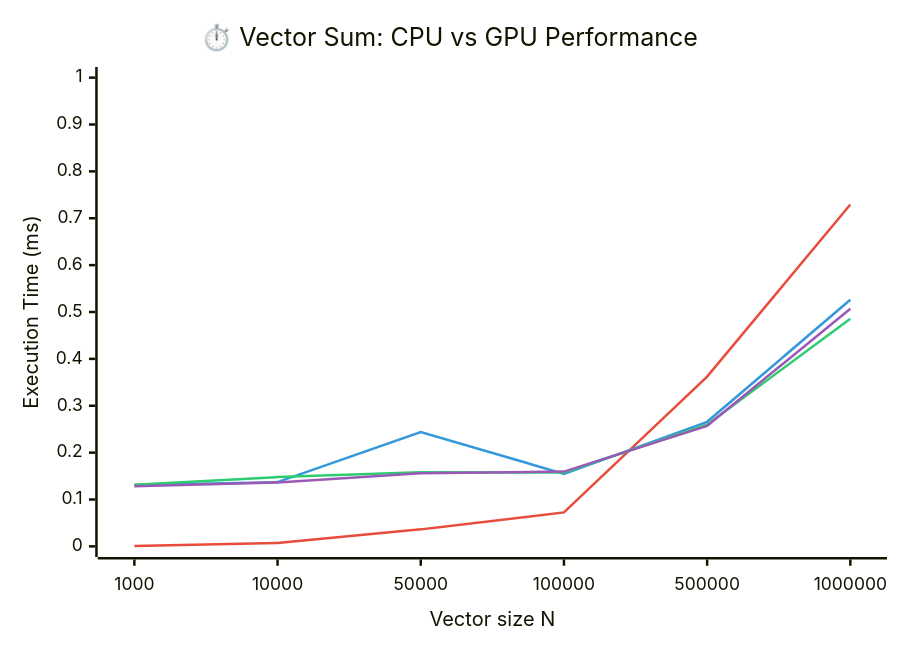
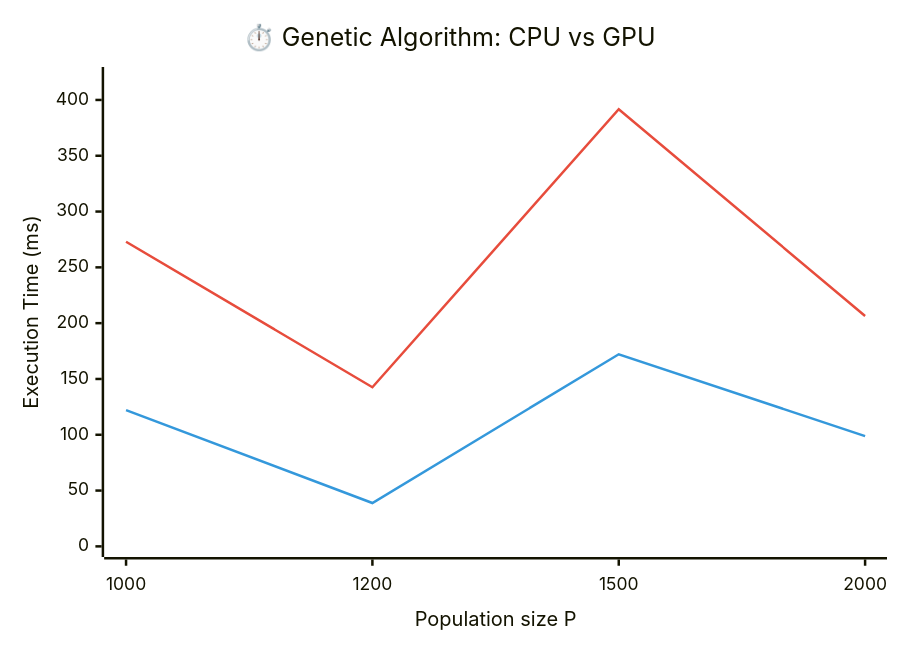
Before and after one commit to Chuxan12/HPC: the diagram in README.md, drawn with Mermaid. The commit also changed other lines of this file and 13 other files, not shown here.

````diff
--- a/README.md
+++ b/README.md
@@ -73,11 +51,9 @@
 ```mermaid
-%%{init: {'theme': 'base', 'themeVariables': { 'xyChart': { 'plotColorPalette': '#e74c3c,#3498db,#2ecc71,#9b59b6' } } } }%%
+%%{init: {'theme': 'base', 'themeVariables': { 'xyChart': { 'plotColorPalette': '#e74c3c,#3498db' } } } }%%
 xychart-beta
-  title "⏱️ Vector Sum: CPU vs GPU Performance"
-  x-axis "Vector size N" [1000, 10000, 50000, 100000, 500000, 1000000]
-  y-axis "Execution Time (ms)" 0 --> 1
-  line "🔴 CPU" [0.000751, 0.007324, 0.036279, 0.072478, 0.362279, 0.729176]
-  line "🔵 GPU 128" [0.131169, 0.137120, 0.243964, 0.154764, 0.265705, 0.526060]
-  line "🟢 GPU 256" [0.131370, 0.147751, 0.157911, 0.157590, 0.259714, 0.485523]
-  line "🟣 GPU 512" [0.128354, 0.136249, 0.156197, 0.159564, 0.257169, 0.506924]
+  title "⏱️ Genetic Algorithm: CPU vs GPU"
+  x-axis "Population size P" [1000, 1200, 1500, 2000]
+  y-axis "Execution Time (ms)" 0 --> 420
+  line "🔴 CPU" [272.984, 142.588, 391.642, 206.355]
+  line "🔵 GPU" [122.111, 38.840, 172.106, 98.807]
 ```
````
